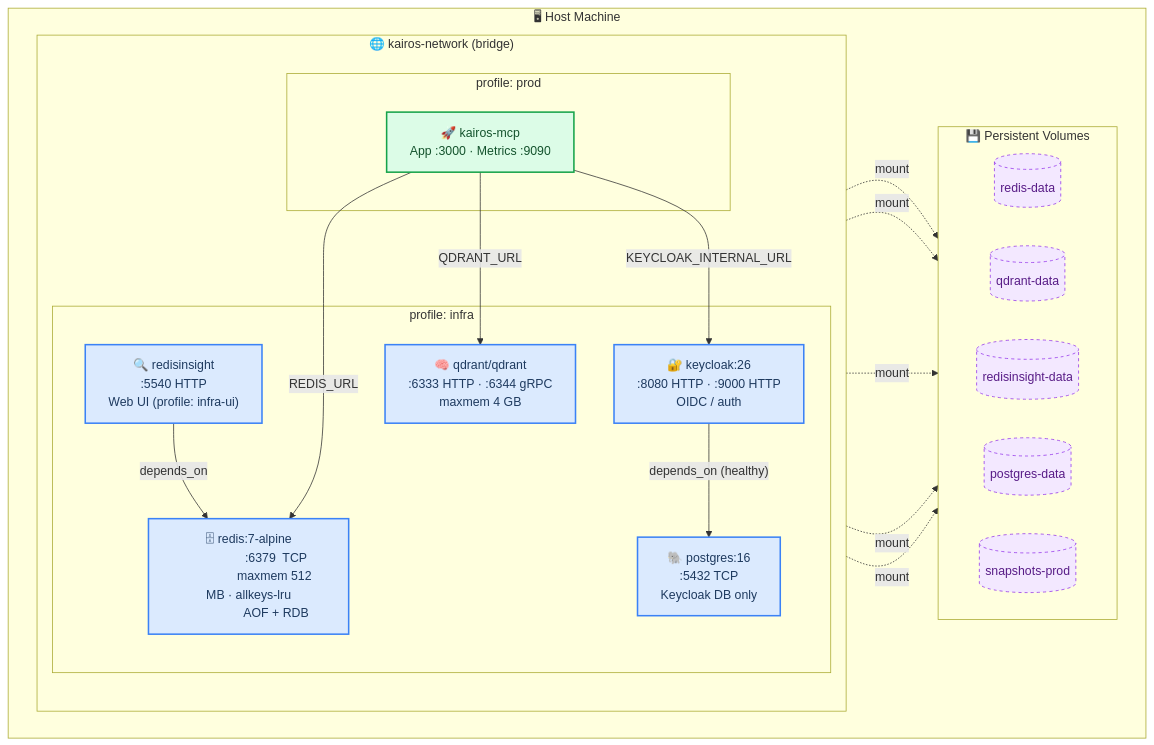
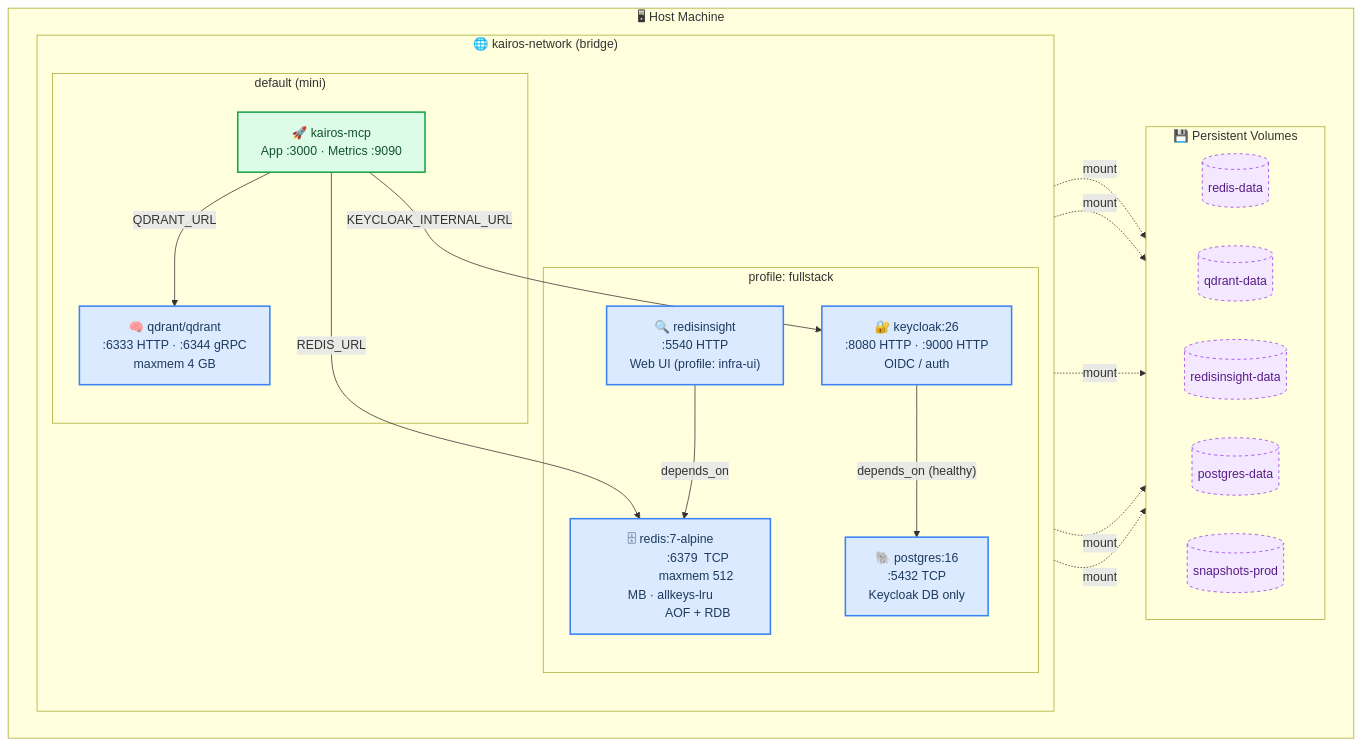
One commit to debian777/kairos-mcp changed the first of 5 diagrams in docs/architecture/infrastructure.md. Above: the diagram before and after it, drawn with Mermaid. The commit also changed other lines of this file and 27 other files, not shown here.

First line of the commit message:
chore: compose mini default + fullstack profile, single .env, install docs

````diff
--- a/docs/architecture/infrastructure.md
+++ b/docs/architecture/infrastructure.md
@@ -36,61 +34,61 @@
 ```mermaid
 flowchart TB
     subgraph HOST["🖥  Host Machine"]
         subgraph NET["🌐  kairos-network  (bridge)"]
             direction TB
 
-            subgraph INFRA["profile: infra"]
+            subgraph DEFAULT["default (mini)"]
+                QDRANT["🧠 qdrant/qdrant
+                :6333  HTTP · :6344  gRPC
+                maxmem 4 GB"]
+                APP["🚀 kairos-mcp
+                App :3000 · Metrics :9090"]
+            end
+
+            subgraph FULL["profile: fullstack"]
                 REDIS["🗄 redis:7-alpine
                 :6379  TCP
                 maxmem 512 MB · allkeys-lru
                 AOF + RDB"]
                 RI["🔍 redisinsight
                 :5540  HTTP
                 Web UI (profile: infra-ui)"]
-                QDRANT["🧠 qdrant/qdrant
-                :6333  HTTP · :6344  gRPC
-                maxmem 4 GB"]
                 PG["🐘 postgres:16
                 :5432  TCP
                 Keycloak DB only"]
                 KC["🔐 keycloak:26
                 :8080  HTTP · :9000  HTTP
                 OIDC / auth"]
-            end
-
-            subgraph PROD["profile: prod"]
-                APP["🚀 kairos-mcp
-                App :3000 · Metrics :9090"]
             end
 
             RI    -->|"depends_on"| REDIS
             KC    -->|"depends_on (healthy)"| PG
             APP   -->|"REDIS_URL"| REDIS
             APP   -->|"QDRANT_URL"| QDRANT
             APP   -->|"KEYCLOAK_INTERNAL_URL"| KC
         end
 
         subgraph VOLS["💾  Persistent Volumes"]
             direction LR
             VR[("redis-data")]
             VQ[("qdrant-data")]
             VRI[("redisinsight-data")]
             VPG[("postgres-data")]
             VSP[("snapshots-prod")]
         end
 
         REDIS  -.->|mount| VR
         QDRANT -.->|mount| VQ
         RI     -.->|mount| VRI
         PG     -.->|mount| VPG
         APP    -.->|mount| VSP
     end
 
     classDef infrasvc fill:#dbeafe,stroke:#3b82f6,color:#1e3a5f,stroke-width:2px
     classDef appsvc   fill:#dcfce7,stroke:#16a34a,color:#14532d,stroke-width:2px
     classDef vol      fill:#f3e8ff,stroke:#9333ea,color:#581c87,stroke-width:1px,stroke-dasharray:4
 
     class REDIS,RI,QDRANT,PG,KC infrasvc
     class APP appsvc
     class VR,VQ,VRI,VPG,VSP vol
 ```
````
